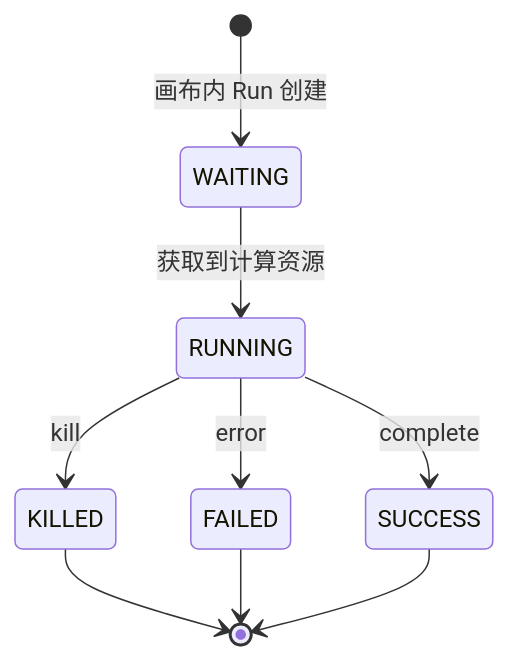
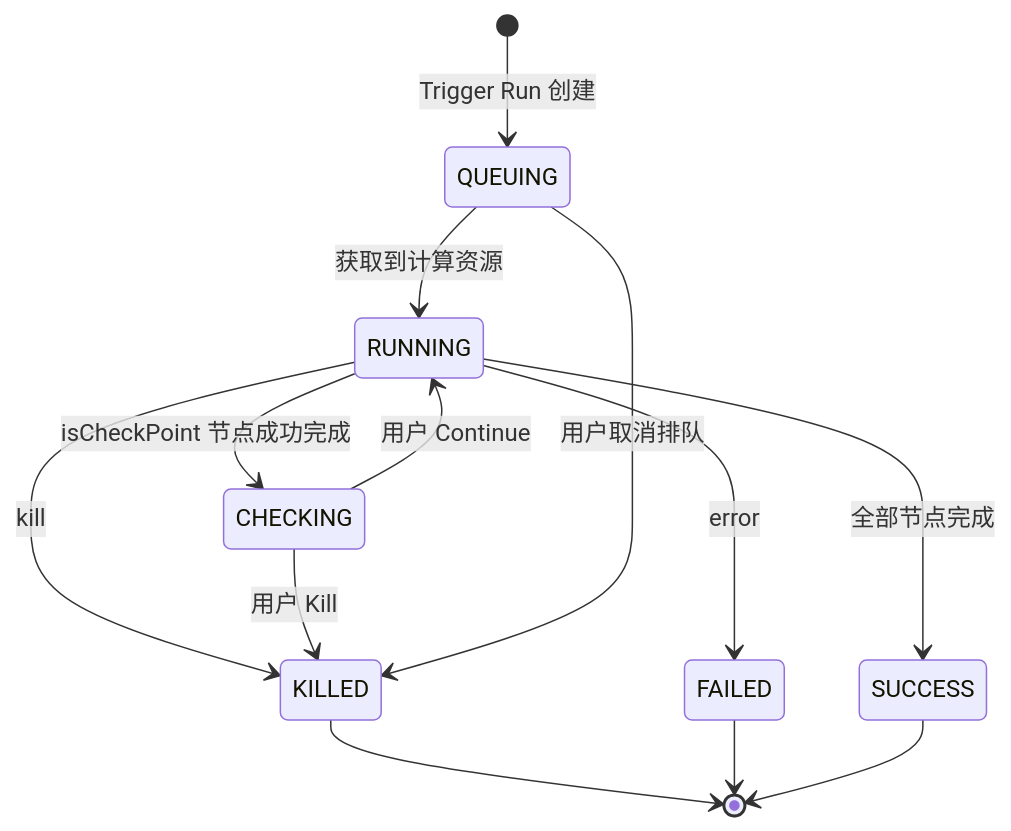
One commit to Cedric-Chan/ModelExperiment changed the third of 6 diagrams in docs/architecture/系统架构说明.md. Above: the diagram before and after it, drawn with Mermaid. The commit also changed other lines of this file and 10 other files, not shown here.

````diff
--- a/docs/architecture/系统架构说明.md
+++ b/docs/architecture/系统架构说明.md
@@ -232,11 +256,15 @@
 ```mermaid
 stateDiagram-v2
-    [*] --> WAITING : 画布内 Run 创建
-    WAITING --> RUNNING : 获取到计算资源
+    [*] --> QUEUING : Trigger Run 创建
+    QUEUING --> RUNNING : 获取到计算资源
+    RUNNING --> CHECKING : isCheckPoint 节点成功完成
+    RUNNING --> SUCCESS : 全部节点完成
     RUNNING --> FAILED : error
     RUNNING --> KILLED : kill
-    RUNNING --> SUCCESS : complete
+    CHECKING --> RUNNING : 用户 Continue
+    CHECKING --> KILLED : 用户 Kill
+    QUEUING --> KILLED : 用户取消排队
     KILLED --> [*]
     FAILED --> [*]
     SUCCESS --> [*]
 ```
````
